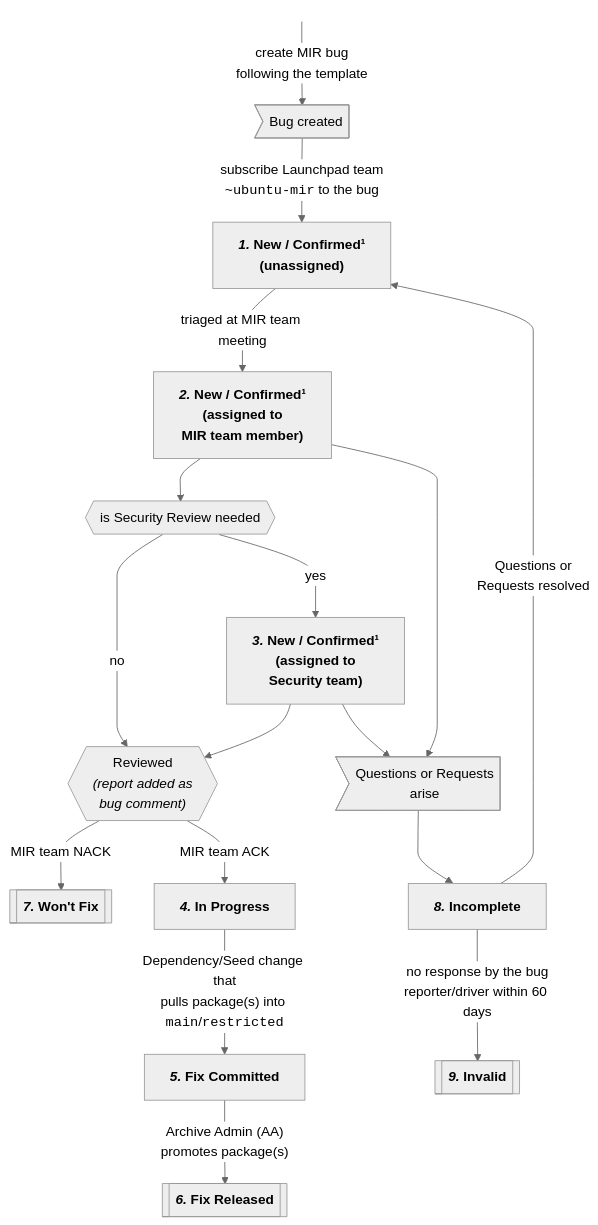
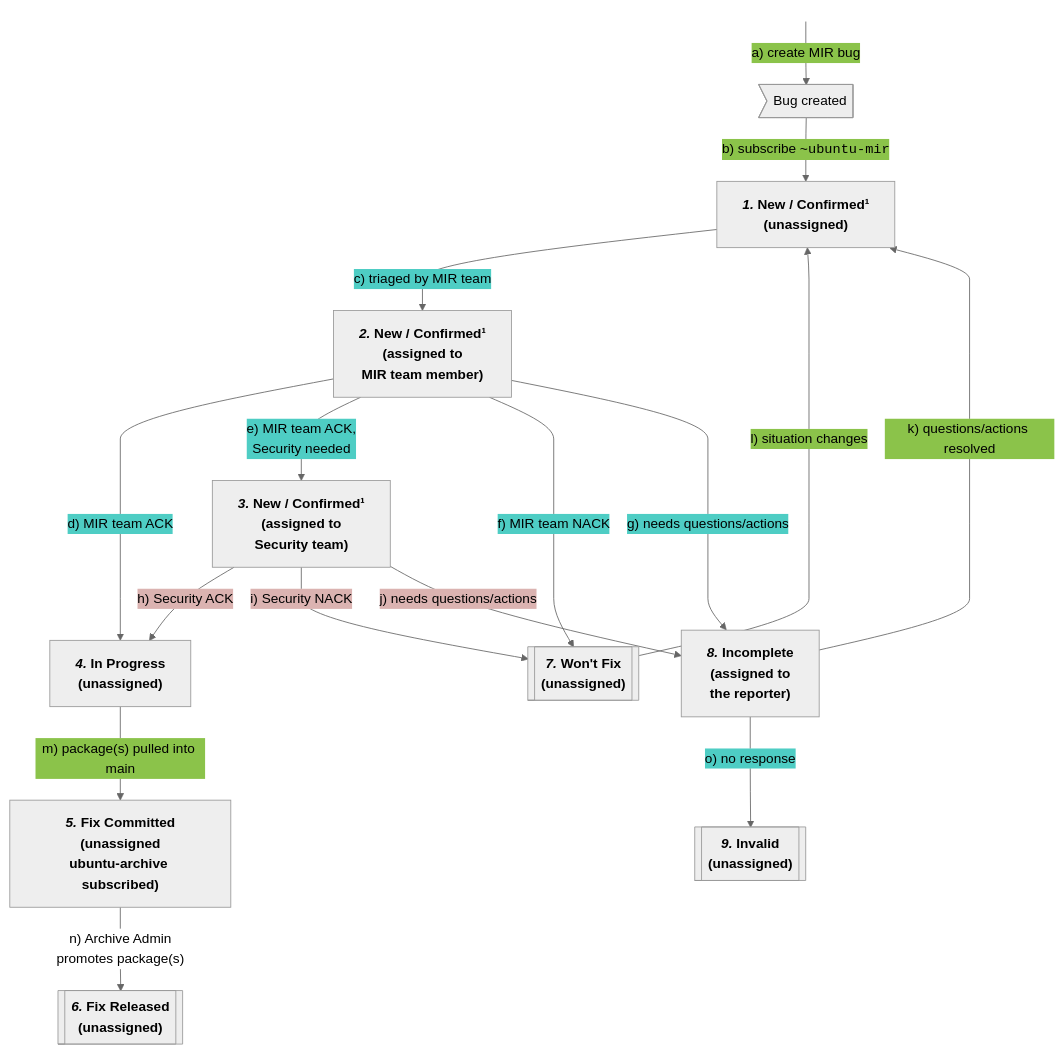
The diagram in docs/MIR/mir-process-states.md (ubuntu/ubuntu-project-docs), drawn with Mermaid (neutral theme) before and after one commit. The commit also changed other lines of this file, not shown here.

Commit message:
MIR: Identify who is responsible
We used to have just the flowchart and table and tried to balance
this between readable and easy, as well as detailed and complete.
But it was neither as it was always a tradeoff.

Now that we have established a simpler explanation in the overview
we can tackle issue #130 and go all in to make the flowchart
fully complete (all states have bug assignee info, all transitions
are indexed, ownership is colorized). Furthermore as we did for the
states this establishes a table for the transitions to allow more
text than what fits well in the flowchart.

Now the chart has a few crossing lines, but everying is much
more correct and clearly states who we expect to handle any
given state and transition.

Fixes: #130

````diff
--- a/docs/MIR/mir-process-states.md
+++ b/docs/MIR/mir-process-states.md
@@ -10,46 +10,45 @@
 ```{mermaid}
 %% mermaid flowcharts documentation: https://mermaid.js.org/syntax/flowchart.html
 %%{ init: { "flowchart": { "curve": "monotoneY", "htmlLabels": true } } }%%
 flowchart TD
     %% Styles
-    classDef Invisible stroke-width:0,fill:#00000000 
+    classDef Invisible stroke-width:0,fill:#00000000
 
     %% States
-    Unassigned["<b><i>1.</i> New / Confirmed¹<br>(unassigned)</b>"]
+    ToReview["<b><i>1.</i> New / Confirmed¹<br>(unassigned)</b>"]
     AssignedToMirTeamMember["<b><i>2.</i> New / Confirmed¹<br>(assigned to<br>MIR team member)</b>"]
     AssignedToSecurityTeamMember["<b><i>3.</i> New / Confirmed¹<br>(assigned to<br>Security team)</b>"]
-    WontFix[["<b><i>7.</i> Won't Fix</b>"]]
-    InProgress["<b><i>4.</i> In Progress</b>"]
-    FixCommitted["<b><i>5.</i> Fix Committed</b>"]
-    FixReleased[["<b><i>6.</i> Fix Released</b>"]]
-    Incomplete["<b><i>8.</i> Incomplete</b>"]
-    Invalid[["<b><i>9.</i> Invalid</b>"]]
+    WontFix[["<b><i>7.</i> Won't Fix<br>(unassigned)</b>"]]
+    InProgress["<b><i>4.</i> In Progress<br>(unassigned)</b>"]
+    FixCommitted["<b><i>5.</i> Fix Committed<br>(unassigned<br>ubuntu-archive subscribed)</b>"]
+    FixReleased[["<b><i>6.</i> Fix Released<br>(unassigned)</b>"]]
+    Incomplete["<b><i>8.</i> Incomplete<br>(assigned to<br>the reporter)</b>"]
+    Invalid[["<b><i>9.</i> Invalid<br>(unassigned)</b>"]]
 
     %% Meta States
     Start((" ")):::Invisible
     BugCreated>"Bug created"]
-    IsSecurityReviewNeeded{{"is Security Review needed"}}
-    Reviewed{{"Reviewed<br><i>(report added as<br>bug comment)</i>"}}
-    QuestionsArise>"Questions or Requests<br>arise"]
-    
+
     %% Transitions
-    Start-->|"create MIR bug<br>following the template"| BugCreated
-    BugCreated-->|"subscribe Launchpad team<br><code>~ubuntu-mir</code> to the bug"|Unassigned
+    Start-->|"<div style='background:#8BC34A'>a) create MIR bug</div>"| BugCreated
+    BugCreated-->|"<div style='background:#8BC34A'>b) subscribe <code>~ubuntu-mir</code></div>"|ToReview
 
-    Unassigned -->|"triaged at MIR team meeting"| AssignedToMirTeamMember
-    AssignedToMirTeamMember --> IsSecurityReviewNeeded -->|"yes"| AssignedToSecurityTeamMember
+    ToReview -->|"<div style='background:#4ECDC4'>c) triaged by MIR team</div>"| AssignedToMirTeamMember
 
-    IsSecurityReviewNeeded -->|"no"| Reviewed
-    AssignedToSecurityTeamMember --> Reviewed
-    Reviewed -->|"MIR team NACK"| WontFix
-    Reviewed -->|"MIR team ACK"| InProgress
+    AssignedToMirTeamMember -->|"<div style='background:#4ECDC4'>d) MIR team ACK</div>"| InProgress
+    AssignedToMirTeamMember -->|"<div style='background:#4ECDC4'>e) MIR team ACK,<br>Security needed</div>"| AssignedToSecurityTeamMember
+    AssignedToMirTeamMember -->|"<div style='background:#4ECDC4'>f) MIR team NACK</div>"| WontFix
+    AssignedToMirTeamMember -->|"<div style='background:#4ECDC4'>g) needs questions/actions</div>"| Incomplete
 
-    InProgress -->|"Dependency/Seed change that<br>pulls package(s) into <code>main</code>/<code>restricted</code>"| FixCommitted
-    FixCommitted -->|"Archive Admin (AA)</br>promotes package(s)"| FixReleased
+    AssignedToSecurityTeamMember -->|"<div style='background:#DBB3B1'>h) Security ACK</div>"| InProgress
+    AssignedToSecurityTeamMember -->|"<div style='background:#DBB3B1'>i) Security NACK</div>"| WontFix
+    AssignedToSecurityTeamMember -->|"<div style='background:#DBB3B1'>j) needs questions/actions</div>"| Incomplete
 
-    AssignedToSecurityTeamMember --> QuestionsArise
-    AssignedToMirTeamMember --> QuestionsArise
-    QuestionsArise --> Incomplete
-    Incomplete -->|"Questions or<br>Requests resolved"| Unassigned
-    Incomplete -->|"no response by the bug<br>reporter/driver within 60 days"| Invalid
+    Incomplete -->|"<div style='background:#8BC34A'>k) questions/actions resolved</div>"| ToReview
+    WontFix -->|"<div style='background:#8BC34A'>l) situation changes</div>"| ToReview
+    InProgress -->|"<div style='background:#8BC34A'>m) package(s) pulled into main</div>"| FixCommitted
+
+    FixCommitted -->|"n) Archive Admin</br>promotes package(s)"| FixReleased
+
+    Incomplete -->|"<div style='background:#4ECDC4'>o) no response</div>"| Invalid
 ```
````
